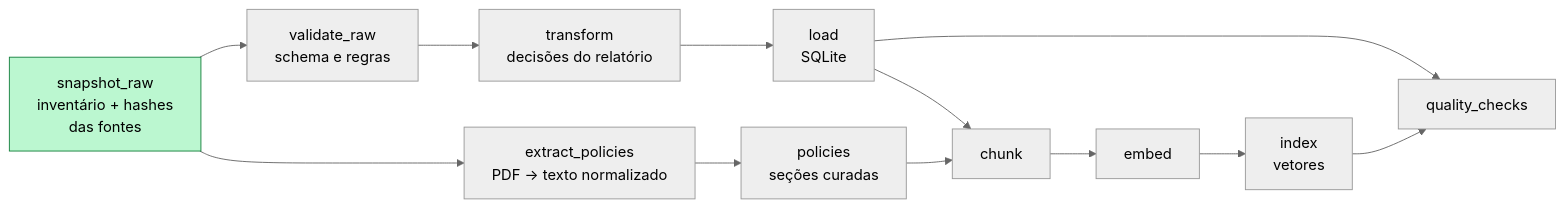
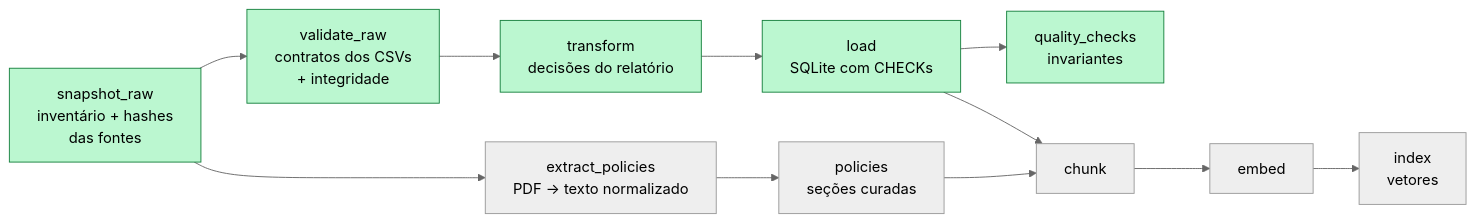
The seventh of 11 diagrams in README.md (RonildoSilva/ai-engineer-challenge), drawn with Mermaid (neutral theme) before and after one commit. The commit also changed other lines of this file and 18 other files, not shown here.

First line of the commit message:
feat(data): etapas de validação, transformação e carga em SQLite com repositório

````diff
--- a/README.md
+++ b/README.md
@@ -242,11 +241,9 @@
 ```mermaid
 flowchart LR
-    S[snapshot_raw<br/>inventário + hashes<br/>das fontes]:::done --> V[validate_raw<br/>schema e regras]
-    V --> T[transform<br/>decisões do relatório] --> L[load<br/>SQLite]
+    S[snapshot_raw<br/>inventário + hashes<br/>das fontes]:::done --> V[validate_raw<br/>contratos dos CSVs<br/>+ integridade]:::done
+    V --> T[transform<br/>decisões do relatório]:::done --> L[load<br/>SQLite com CHECKs]:::done --> Q[quality_checks<br/>invariantes]:::done
     S --> PE[extract_policies<br/>PDF → texto normalizado] --> PS[policies<br/>seções curadas]
     L --> C[chunk] --> E[embed] --> I[index<br/>vetores]
     PS --> C
-    L --> Q[quality_checks]
-    I --> Q
     classDef done fill:#bbf7d0,stroke:#15803d,color:#000
 ```
````
